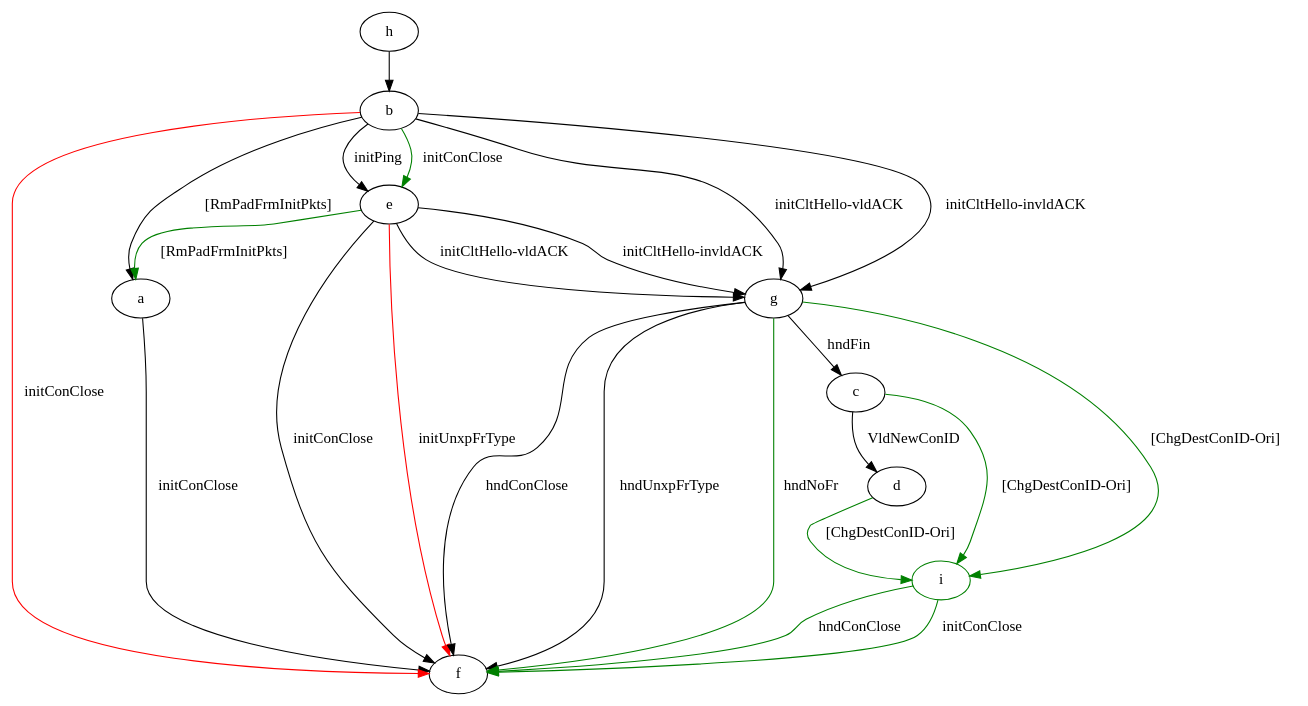
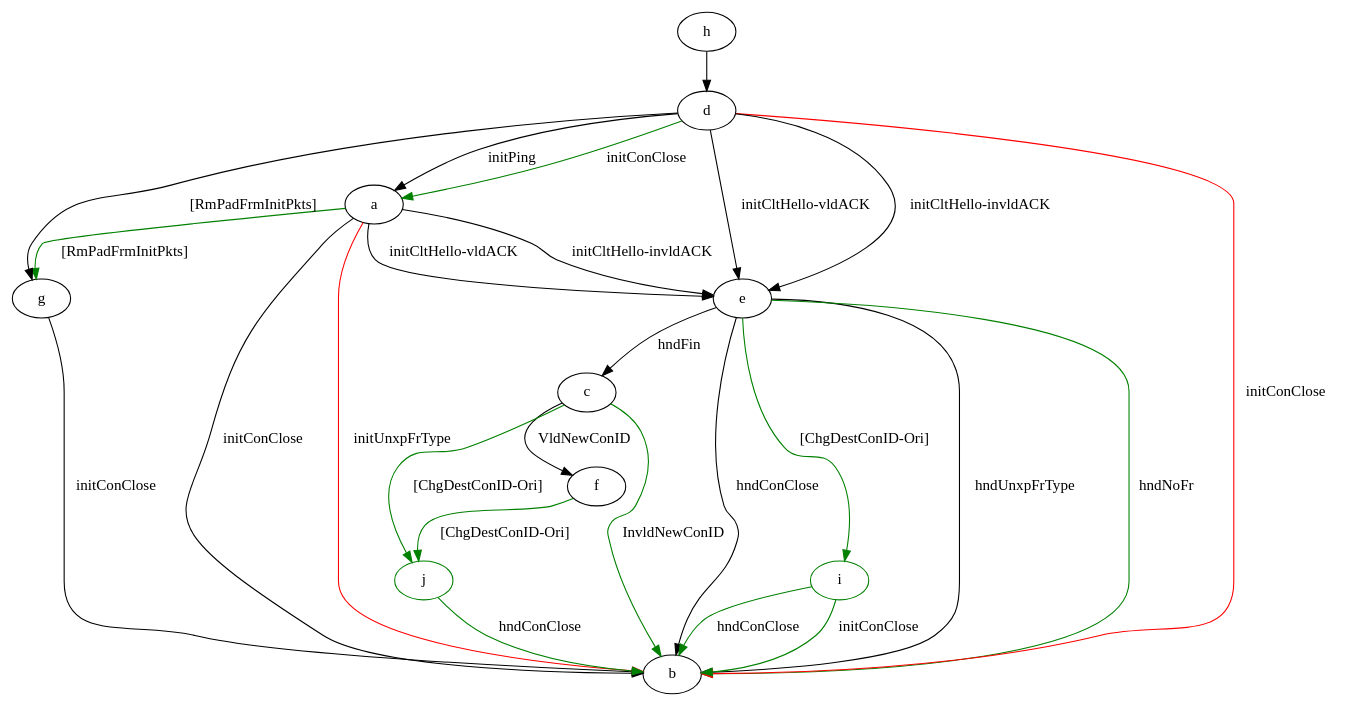
One commit to QUICTester/QUICTester changed the diagram in results/quiclyModels/crossCheckResults/quicly-B-s-0_vs_lsquic-B-s-0.dot. Above: the diagram before and after it, drawn with Graphviz. The commit also changed 2030 other files, not shown here.

```diff
--- a/results/quiclyModels/crossCheckResults/quicly-B-s-0_vs_lsquic-B-s-0.dot
+++ b/results/quiclyModels/crossCheckResults/quicly-B-s-0_vs_lsquic-B-s-0.dot
@@ -1,58 +1,65 @@
 digraph "" {
-	a -> f	[key=0,
+	a -> b	[key=0,
 		label="initConClose "];
-	b -> a	[key=0,
+	a -> b	[key=1,
+		color=red,
+		label="initUnxpFrType "];
+	a -> e	[key=0,
+		label="initCltHello-vldACK "];
+	a -> e	[key=1,
+		label="initCltHello-invldACK "];
+	a -> g	[key=0,
+		color=green,
 		label="[RmPadFrmInitPkts] "];
-	b -> e	[key=0,
+	c -> b	[key=0,
+		color=green,
+		label="InvldNewConID "];
+	c -> f	[key=0,
+		label="VldNewConID "];
+	j	[color=green];
+	c -> j	[key=0,
+		color=green,
+		label="[ChgDestConID-Ori] "];
+	d -> a	[key=0,
 		label="initPing "];
-	b -> e	[key=1,
+	d -> a	[key=1,
 		color=green,
 		label="initConClose "];
-	b -> f	[key=0,
+	d -> b	[key=0,
 		color=red,
 		label="initConClose "];
-	b -> g	[key=0,
+	d -> e	[key=0,
 		label="initCltHello-vldACK "];
-	b -> g	[key=1,
+	d -> e	[key=1,
 		label="initCltHello-invldACK "];
-	c -> d	[key=0,
-		label="VldNewConID "];
+	d -> g	[key=0,
+		label="[RmPadFrmInitPkts] "];
+	e -> b	[key=0,
+		label="hndConClose "];
+	e -> b	[key=1,
+		label="hndUnxpFrType "];
+	e -> b	[key=2,
+		color=green,
+		label="hndNoFr "];
+	e -> c	[key=0,
+		label="hndFin "];
 	i	[color=green];
-	c -> i	[key=0,
+	e -> i	[key=0,
 		color=green,
 		label="[ChgDestConID-Ori] "];
-	d -> i	[key=0,
+	f -> j	[key=0,
 		color=green,
 		label="[ChgDestConID-Ori] "];
-	e -> a	[key=0,
-		color=green,
-		label="[RmPadFrmInitPkts] "];
-	e -> f	[key=0,
+	g -> b	[key=0,
 		label="initConClose "];
-	e -> f	[key=1,
-		color=red,
-		label="initUnxpFrType "];
-	e -> g	[key=0,
-		label="initCltHello-vldACK "];
-	e -> g	[key=1,
-		label="initCltHello-invldACK "];
-	g -> c	[key=0,
-		label="hndFin "];
-	g -> f	[key=0,
-		label="hndConClose "];
-	g -> f	[key=1,
-		label="hndUnxpFrType "];
-	g -> f	[key=2,
-		color=green,
-		label="hndNoFr "];
-	g -> i	[key=0,
-		color=green,
-		label="[ChgDestConID-Ori] "];
-	h -> b	[key=0];
-	i -> f	[key=0,
+	h -> d	[key=0];
+	i -> b	[key=0,
 		color=green,
 		label="initConClose "];
-	i -> f	[key=1,
+	i -> b	[key=1,
+		color=green,
+		label="hndConClose "];
+	j -> b	[key=0,
 		color=green,
 		label="hndConClose "];
 }
```
